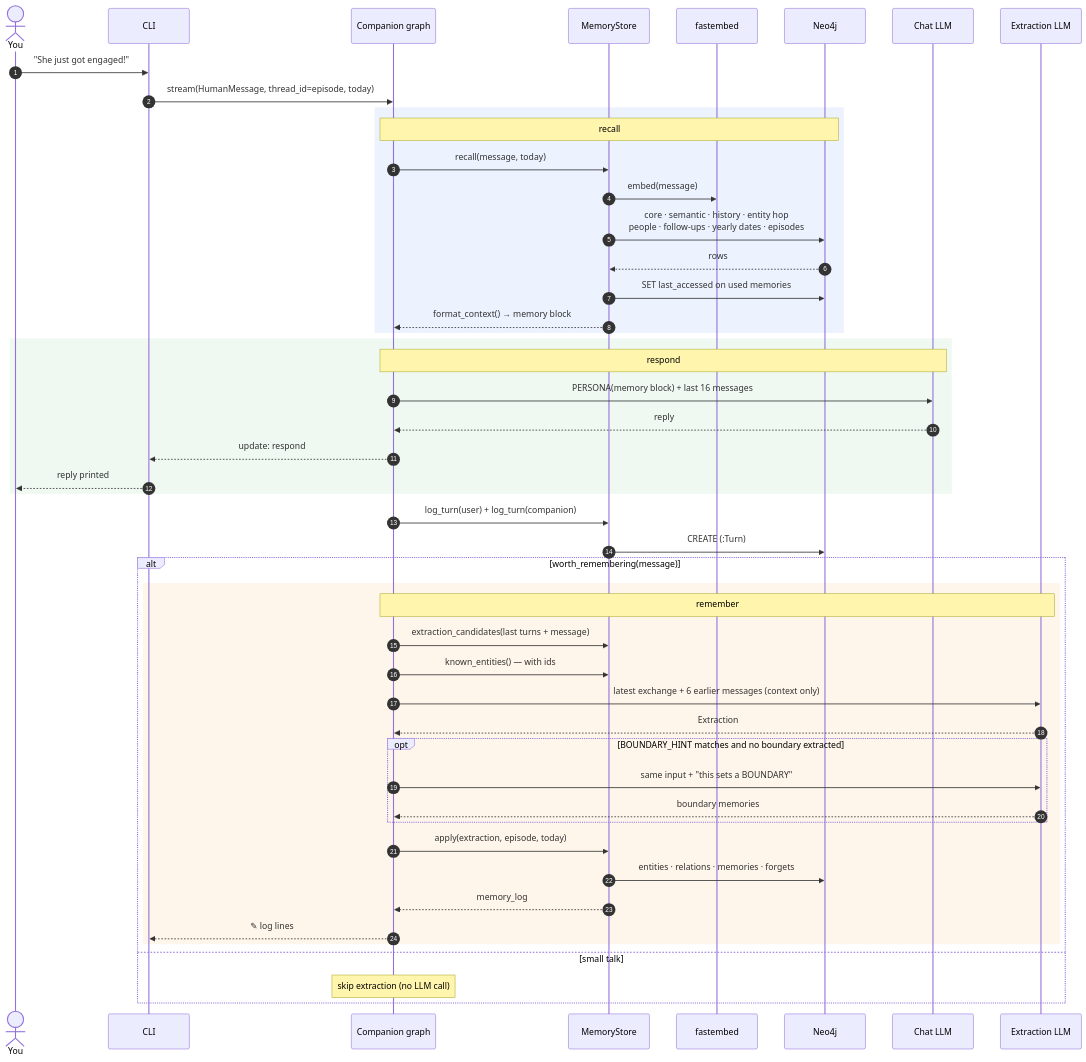
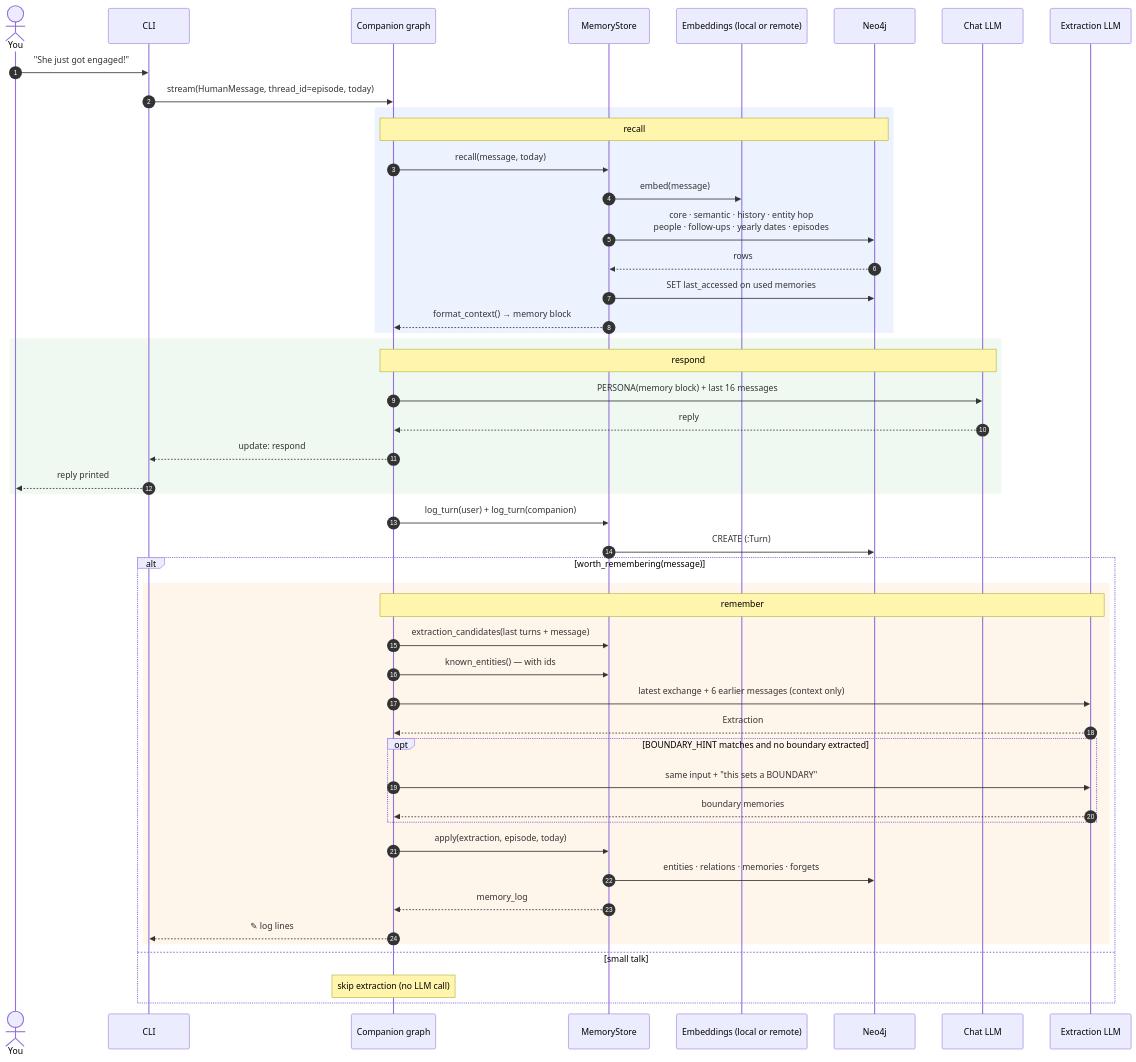
The seventh of 23 diagrams in docs/architecture.md (theRealMarkCastillo/neo4j-graph-tutorial), drawn with Mermaid before and after one commit. The commit also changed other lines of this file and 7 other files, not shown here.

````diff
--- a/docs/architecture.md
+++ b/docs/architecture.md
@@ -220,56 +221,56 @@
 ```mermaid
 sequenceDiagram
     autonumber
     actor U as You
     participant C as CLI
     participant G as Companion graph
     participant S as MemoryStore
-    participant E as fastembed
+    participant E as Embeddings (local or remote)
     participant N as Neo4j
     participant L as Chat LLM
     participant X as Extraction LLM
 
     U->>C: "She just got engaged!"
     C->>G: stream(HumanMessage, thread_id=episode, today)
 
     rect rgba(100,150,240,0.12)
     note over G,N: recall
     G->>S: recall(message, today)
     S->>E: embed(message)
     S->>N: core · semantic · history · entity hop<br/>people · follow-ups · yearly dates · episodes
     N-->>S: rows
     S->>N: SET last_accessed on used memories
     S-->>G: format_context() → memory block
     end
 
     rect rgba(120,200,140,0.12)
     note over G,L: respond
     G->>L: PERSONA(memory block) + last 16 messages
     L-->>G: reply
     G-->>C: update: respond
     C-->>U: reply printed
     end
 
     G->>S: log_turn(user) + log_turn(companion)
     S->>N: CREATE (:Turn)
 
     alt worth_remembering(message)
         rect rgba(240,170,90,0.12)
         note over G,X: remember
         G->>S: extraction_candidates(last turns + message)
         G->>S: known_entities() — with ids
         G->>X: latest exchange + 6 earlier messages (context only)
         X-->>G: Extraction
         opt BOUNDARY_HINT matches and no boundary extracted
             G->>X: same input + "this sets a BOUNDARY"
             X-->>G: boundary memories
         end
         G->>S: apply(extraction, episode, today)
         S->>N: entities · relations · memories · forgets
         S-->>G: memory_log
         G-->>C: ✎ log lines
         end
     else small talk
         note over G: skip extraction (no LLM call)
     end
 ```
````
